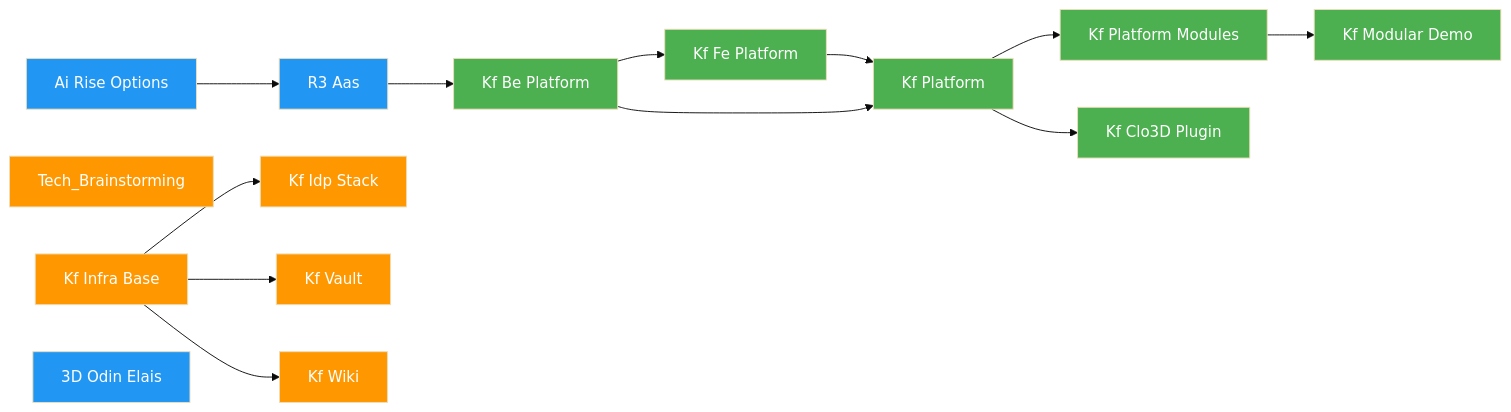
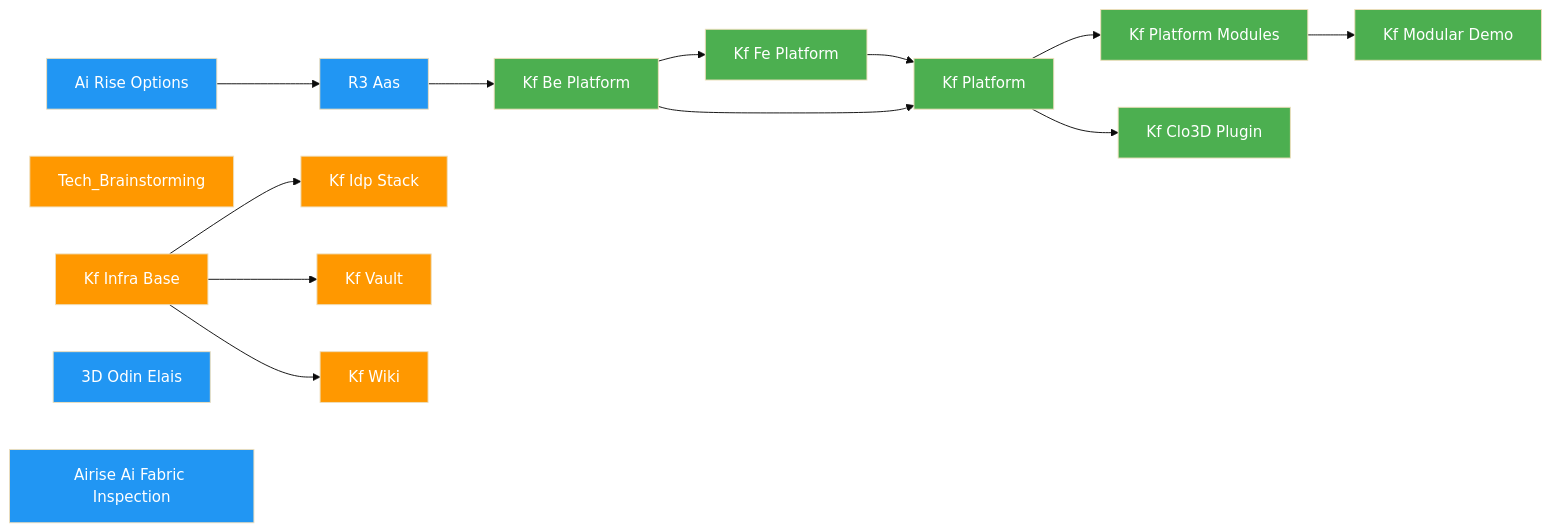
Before and after one commit to Katty-Fashion/kf-cpto: the diagram in docs/dependency-graph.md, drawn with Mermaid (base theme). The commit also changed other lines of this file and 52 other files, not shown here.

````diff
--- a/docs/dependency-graph.md
+++ b/docs/dependency-graph.md
@@ -10,32 +10,33 @@
 ```mermaid
 graph LR
     R3_AAS["R3 Aas"]:::eu
     ai_rise_options["Ai Rise Options"]:::eu
     kf_be_platform["Kf Be Platform"]:::saas
     kf_fe_platform["Kf Fe Platform"]:::saas
     kf_platform["Kf Platform"]:::saas
     tech_brainstorming["Tech_Brainstorming"]:::internal
     kf_infra_base["Kf Infra Base"]:::internal
     kf_idp_stack["Kf Idp Stack"]:::internal
     kf_vault["Kf Vault"]:::internal
     kf_wiki["Kf Wiki"]:::internal
     kf_platform_modules["Kf Platform Modules"]:::saas
     kf_modular_demo["Kf Modular Demo"]:::saas
     kf_clo3d_plugin["Kf Clo3D Plugin"]:::saas
     n_3D_ODIN_ELAIS["3D Odin Elais"]:::eu
+    AIRise_ai_fabric_inspection["Airise Ai Fabric Inspection"]:::eu
     ai_rise_options --> R3_AAS
     R3_AAS --> kf_be_platform
     kf_be_platform --> kf_fe_platform
     kf_fe_platform --> kf_platform
     kf_be_platform --> kf_platform
     kf_infra_base --> kf_idp_stack
     kf_infra_base --> kf_vault
     kf_infra_base --> kf_wiki
     kf_platform --> kf_platform_modules
     kf_platform_modules --> kf_modular_demo
     kf_platform --> kf_clo3d_plugin
 
     classDef saas fill:#4CAF50,color:#fff
     classDef eu fill:#2196F3,color:#fff
     classDef internal fill:#FF9800,color:#fff
 ```
````
